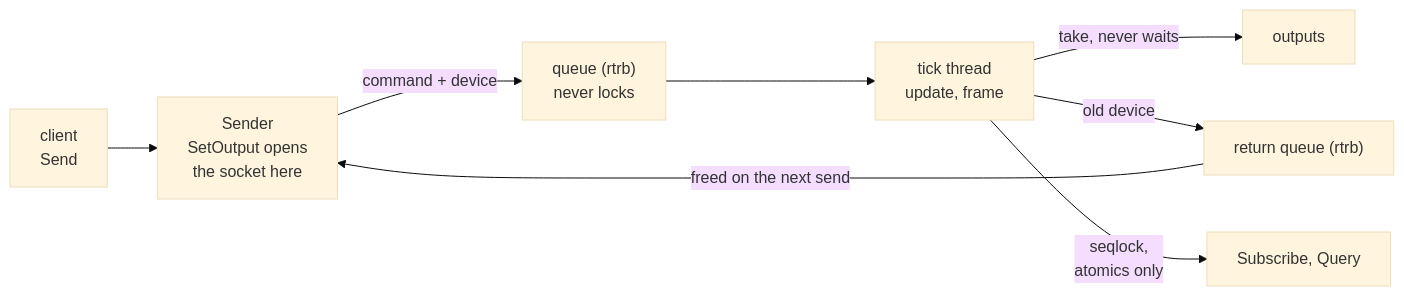
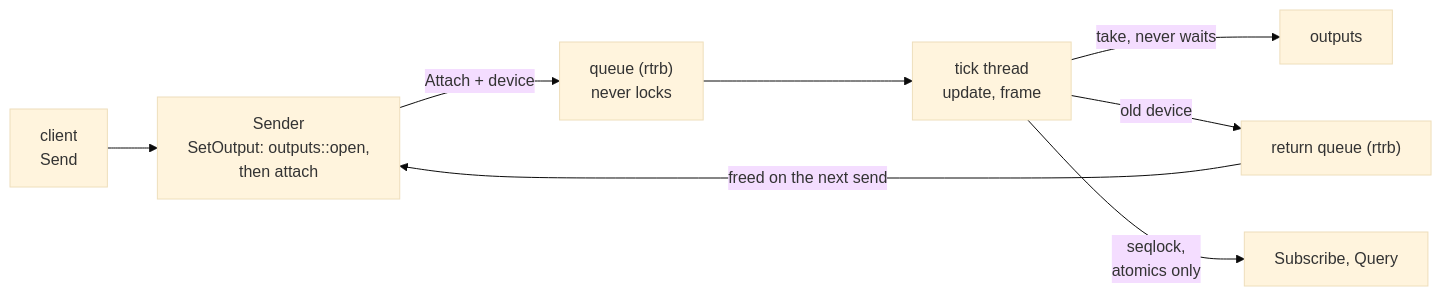
Before and after one commit to abossard/bossylights: the second of 3 diagrams in README.md, drawn with Mermaid (base theme). The commit also changed other lines of this file and 1 other file, not shown here.

Commit message:
docs: the seam between the engine and the output kinds (#105)

````diff
--- a/README.md
+++ b/README.md
@@ -36,6 +36,6 @@
 ```mermaid
 flowchart LR
-  C["client<br/>Send"] --> SE["Sender<br/>SetOutput opens<br/>the socket here"] -- "command + device" --> Q["queue (rtrb)<br/>never locks"] --> U["tick thread<br/>update, frame"] -- "take, never waits" --> O["outputs"]
+  C["client<br/>Send"] --> SE["Sender<br/>SetOutput: outputs::open,<br/>then attach"] -- "Attach + device" --> Q["queue (rtrb)<br/>never locks"] --> U["tick thread<br/>update, frame"] -- "take, never waits" --> O["outputs"]
   U -- "old device" --> R["return queue (rtrb)"] -- "freed on the next send" --> SE
   U -- "seqlock,<br/>atomics only" --> S["Subscribe, Query"]
 ```
````
